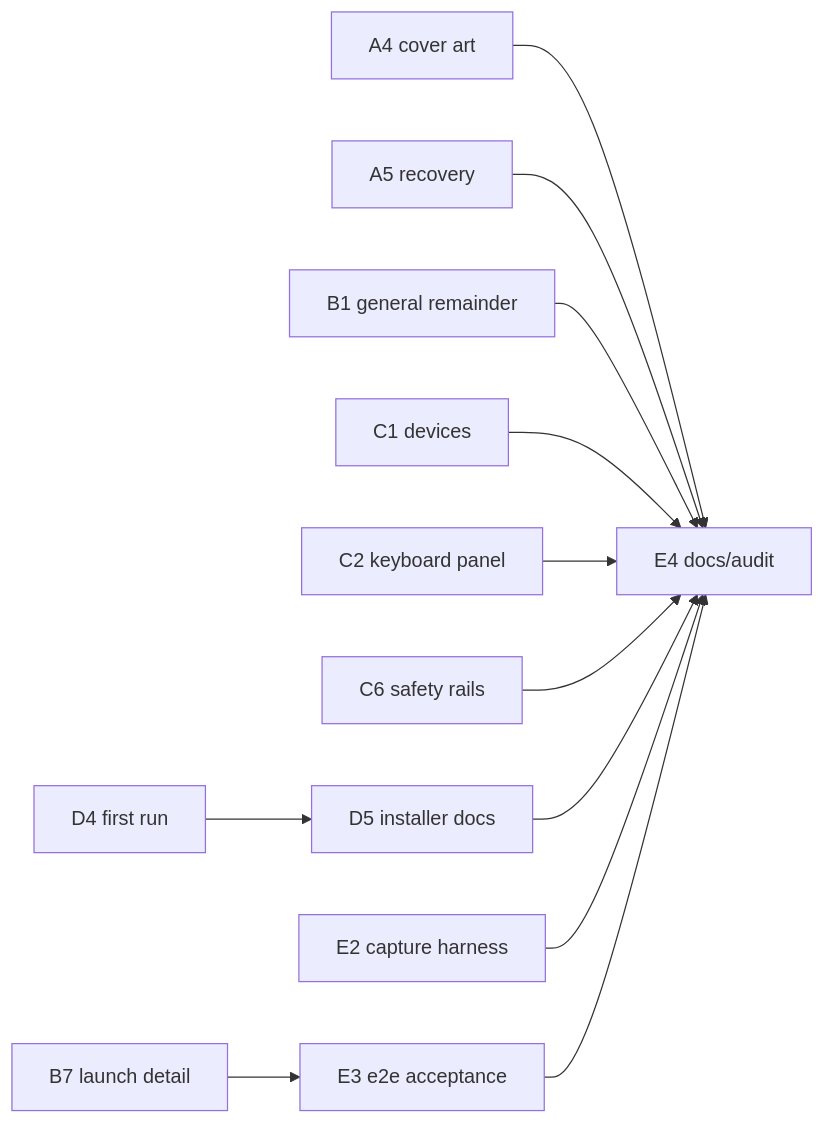
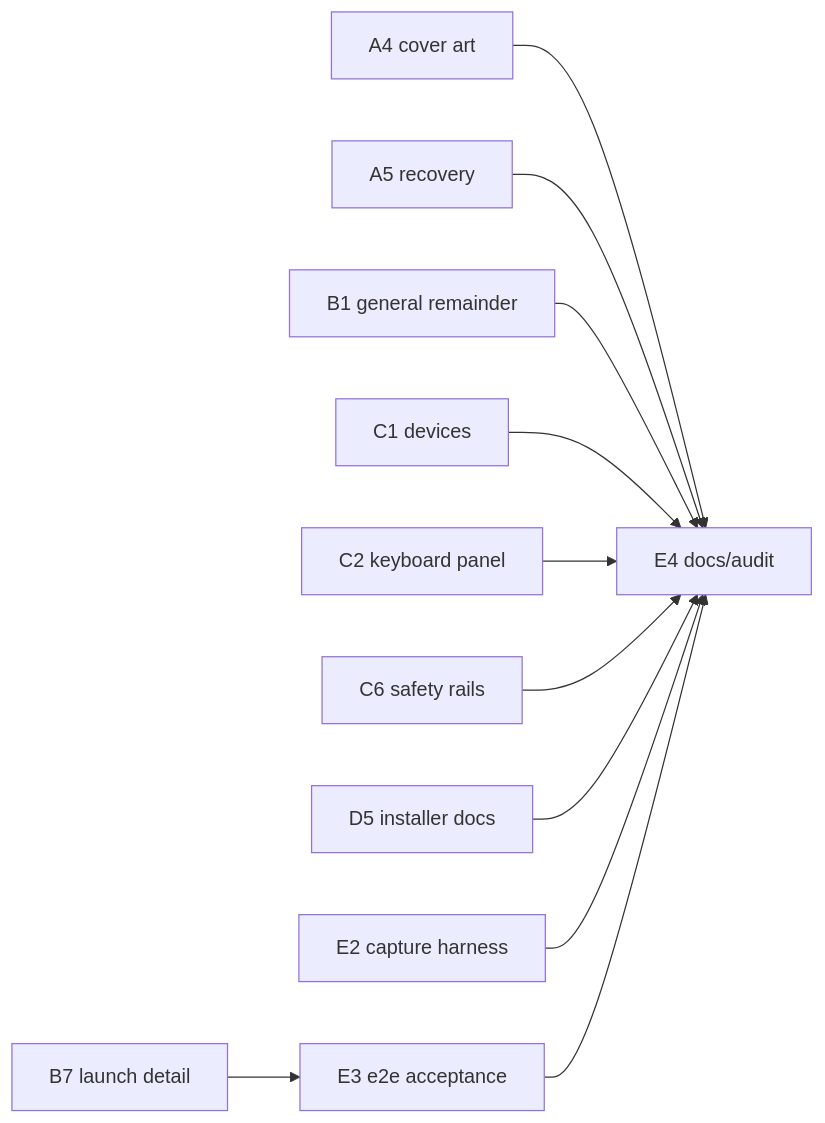
Before and after one commit to gabrielofavero/rb-blitz-xenon-recomp: the diagram in docs/plans/launcher-plan.md, drawn with Mermaid. The commit also changed other lines of this file and 7 other files, not shown here.

First line of the commit message:
Implement D4: first-run prefill from install-manifest.toml

````diff
--- a/docs/plans/launcher-plan.md
+++ b/docs/plans/launcher-plan.md
@@ -1111,21 +1097,20 @@
 ```mermaid
 graph LR
   A4[A4 cover art]
   A5[A5 recovery]
   B1[B1 general remainder]
   B7[B7 launch detail] --> E3[E3 e2e acceptance]
   C1[C1 devices]
   C2[C2 keyboard panel]
   C6[C6 safety rails]
   D5[D5 installer docs]
-  D4[D4 first run] --> D5
   A4 --> E4[E4 docs/audit]
   A5 --> E4
   B1 --> E4
   C1 --> E4
   C2 --> E4
   C6 --> E4
   D5 --> E4
   E2[E2 capture harness] --> E4
   E3 --> E4
 ```
````
